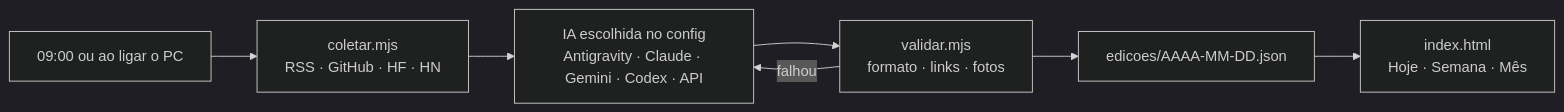
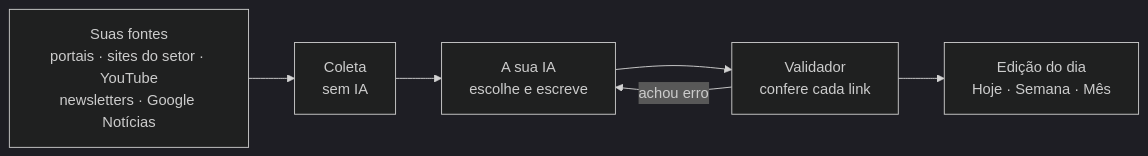
One commit to VinniciusXavier/diario-x changed the diagram in README.md. Above: the diagram before and after it, drawn with Mermaid (dark theme). The commit also changed other lines of this file and 5 other files, not shown here.

````diff
--- a/README.md
+++ b/README.md
@@ -52,9 +68,8 @@
 ```mermaid
 flowchart LR
-    A[09:00 ou ao ligar o PC] --> B[coletar.mjs<br/>RSS · GitHub · HF · HN]
-    B --> C[IA escolhida no config<br/>Antigravity · Claude · Gemini · Codex · API]
-    C --> D[validar.mjs<br/>formato · links · fotos]
-    D -->|falhou| C
-    D --> E[edicoes/AAAA-MM-DD.json]
-    E --> F[index.html<br/>Hoje · Semana · Mês]
+    A[Suas fontes<br/>portais · sites do setor · YouTube<br/>newsletters · Google Notícias] --> B[Coleta<br/>sem IA]
+    B --> C[A sua IA<br/>escolhe e escreve]
+    C --> D[Validador<br/>confere cada link]
+    D -->|achou erro| C
+    D --> E[Edição do dia<br/>Hoje · Semana · Mês]
 ```
````
